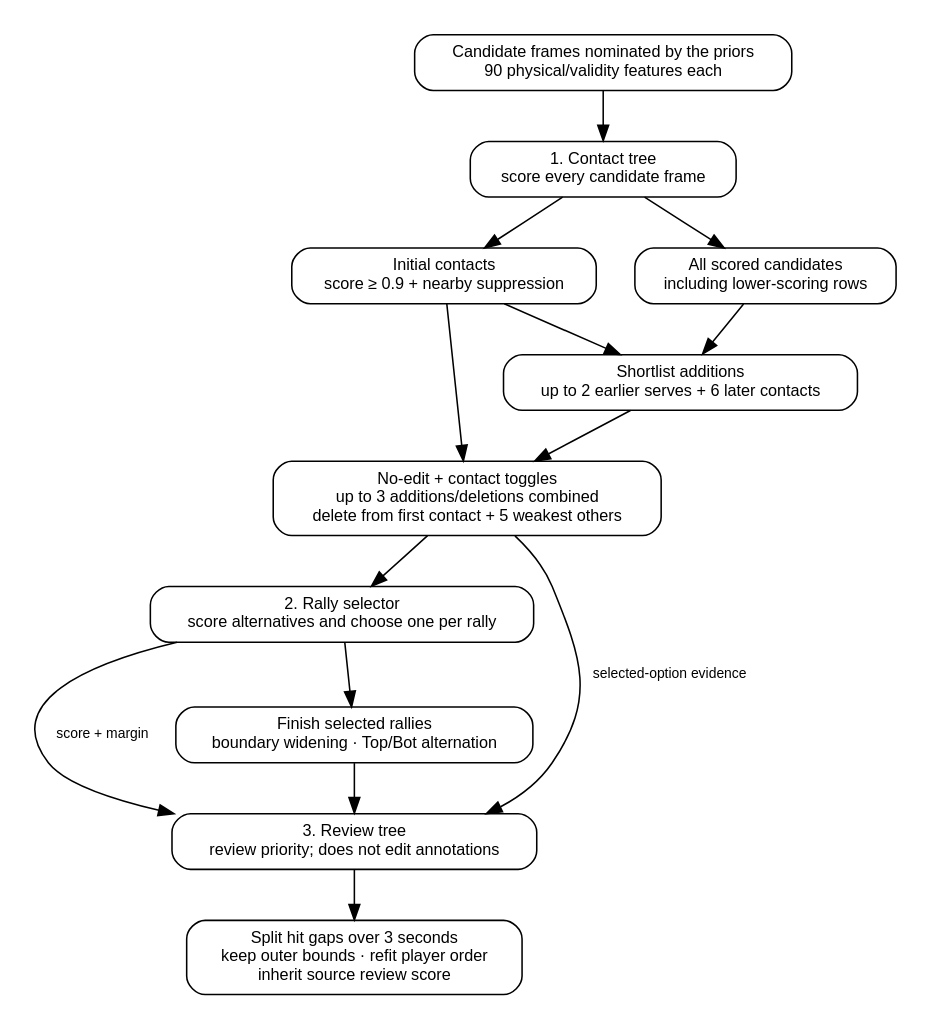
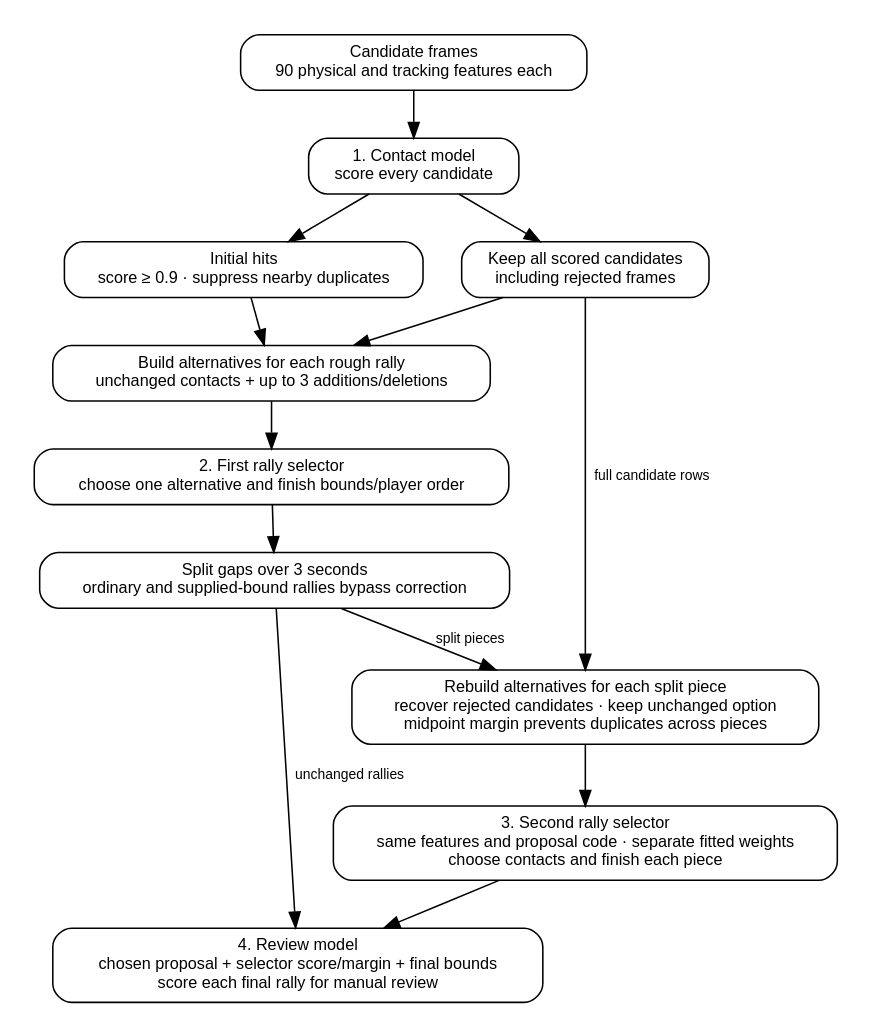
Before and after one commit to ahalp90/badminton_cv_annotator: the diagram in docs/annotator/figures/tree_stack.dot, drawn with Graphviz. The commit also changed 145 other files, not shown here.

First line of the commit message:
Use a trained selector to correct split rallies

```diff
--- a/docs/annotator/figures/tree_stack.dot
+++ b/docs/annotator/figures/tree_stack.dot
@@ -1,29 +1,27 @@
 digraph tree_stack {
-  rankdir=TB;
-  graph [fontname="Helvetica", bgcolor="white", pad=0.2, nodesep=0.35, ranksep=0.45];
+  graph [rankdir=TB, fontname="Helvetica", bgcolor="white", pad=0.2, nodesep=0.35, ranksep=0.4];
   node [shape=box, style="rounded,filled", fillcolor="white", color="black", fontcolor="black", fontname="Helvetica", fontsize=10.5, margin="0.12,0.08"];
   edge [color="black", fontcolor="black", fontname="Helvetica", fontsize=9];
 
-  candidates [label="Candidate frames nominated by the priors\n90 physical/validity features each"];
-  contact [label="1. Contact tree\nscore every candidate frame"];
-  initial [label="Initial contacts\nscore ≥ 0.9 + nearby suppression"];
-  pool [label="All scored candidates\nincluding lower-scoring rows"];
-  shortlist [label="Shortlist additions\nup to 2 earlier serves + 6 later contacts"];
-  options [label="No-edit + contact toggles\nup to 3 additions/deletions combined\ndelete from first contact + 5 weakest others"];
-  selector [label="2. Rally selector\nscore alternatives and choose one per rally"];
-  finish [label="Finish selected rallies\nboundary widening · Top/Bot alternation"];
-  review [label="3. Review tree\nreview priority; does not edit annotations"];
-
-  split [label="Split hit gaps over 3 seconds\nkeep outer bounds · refit player order\ninherit source review score"];
+  candidates [label="Candidate frames\n90 physical and tracking features each"];
+  contact [label="1. Contact model\nscore every candidate"];
+  selected [label="Initial hits\nscore ≥ 0.9 · suppress nearby duplicates"];
+  pool [label="Keep all scored candidates\nincluding rejected frames"];
+  options [label="Build alternatives for each rough rally\nunchanged contacts + up to 3 additions/deletions"];
+  first [label="2. First rally selector\nchoose one alternative and finish bounds/player order"];
+  split [label="Split gaps over 3 seconds\nordinary and supplied-bound rallies bypass correction"];
+  piece_options [label="Rebuild alternatives for each split piece\nrecover rejected candidates · keep unchanged option\nmidpoint margin prevents duplicates across pieces"];
+  second [label="3. Second rally selector\nsame features and proposal code · separate fitted weights\nchoose contacts and finish each piece"];
+  review [label="4. Review model\nchosen proposal + selector score/margin + final bounds\nscore each final rally for manual review"];
 
   candidates -> contact;
-  contact -> initial;
+  contact -> selected;
   contact -> pool;
-  initial -> shortlist;
-  pool -> shortlist;
-  initial -> options;
-  shortlist -> options;
-  options -> selector -> finish -> review -> split;
-  options -> review [label="selected-option evidence"];
-  selector -> review [label="score + margin"];
+  selected -> options;
+  pool -> options;
+  options -> first -> split;
+  split -> piece_options [label="split pieces"];
+  pool -> piece_options [label="full candidate rows"];
+  piece_options -> second -> review;
+  split -> review [label="unchanged rallies"];
 }
```
